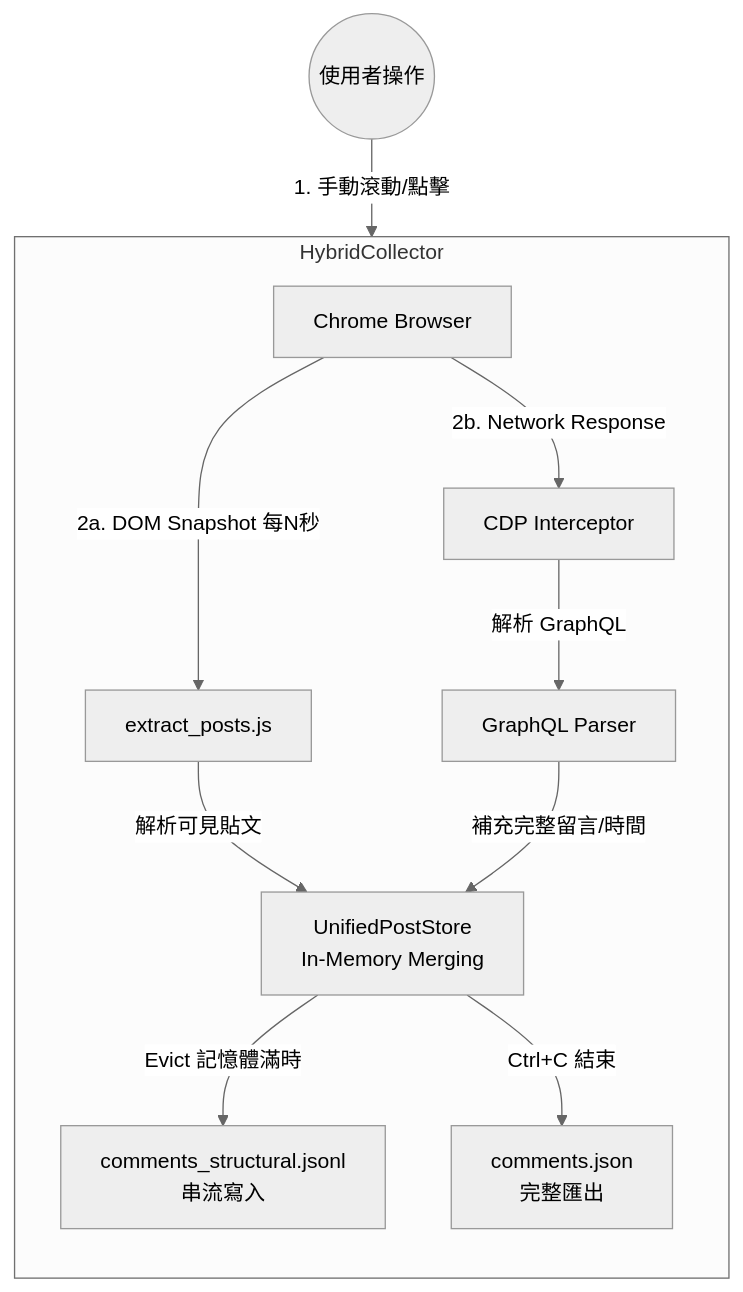
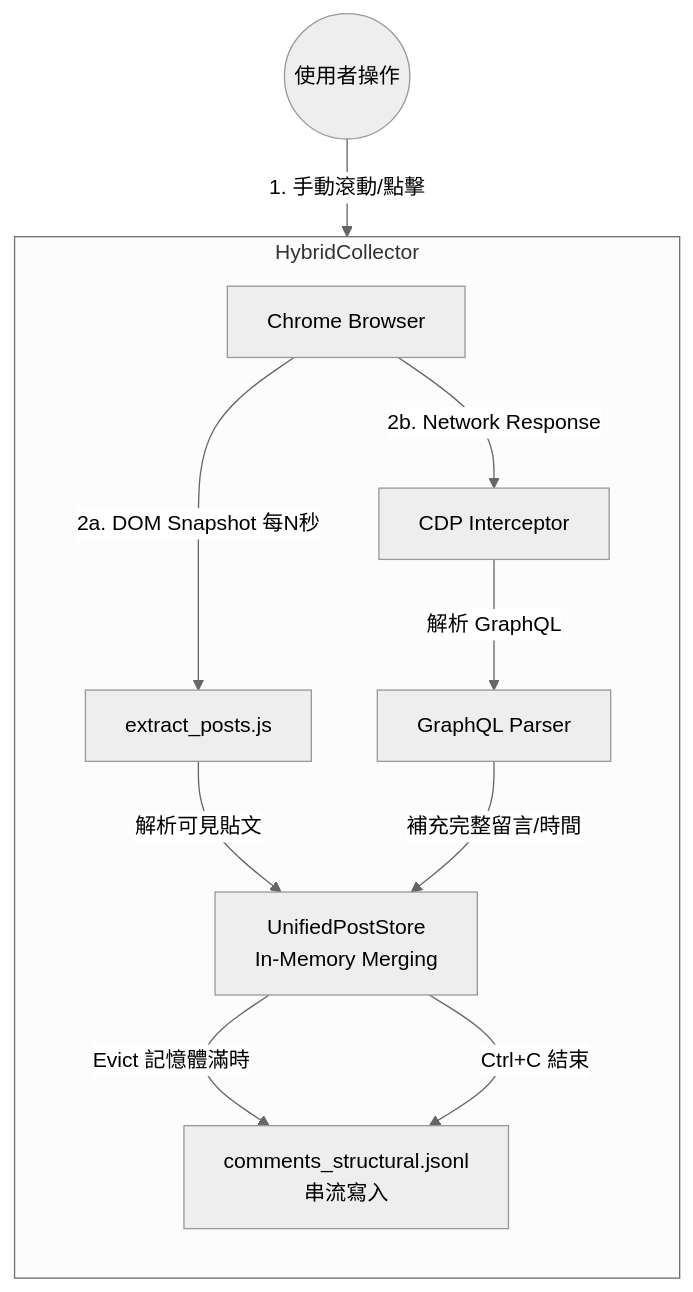
The diagram in README.md (HsuChen88/ctrl-F-auto-crawler), drawn with Mermaid (neutral theme) before and after one commit. The commit also changed other lines of this file and 3 other files, not shown here.

First line of the commit message:
fix: Remove comments.json output; use only JSONL (structural + raw)

````diff
--- a/README.md
+++ b/README.md
@@ -15,22 +15,22 @@
 ```mermaid
 graph TD
     User((使用者操作)) -->|"1. 手動滾動/點擊"| Browser[Chrome Browser]
 
     subgraph HybridCollector
         direction TB
         
         %% DOM 流程
         Browser -->|"2a. DOM Snapshot 每N秒"| JS[extract_posts.js]
         JS -->|"解析可見貼文"| Store["UnifiedPostStore\nIn-Memory Merging"]
         
         %% GraphQL 流程
         Browser -->|"2b. Network Response"| CDP[CDP Interceptor]
         CDP -->|"解析 GraphQL"| GraphQL[GraphQL Parser]
         GraphQL -->|"補充完整留言/時間"| Store
         
         %% 輸出流程
         Store -->|"Evict 記憶體滿時"| Stream["comments_structural.jsonl\n串流寫入"]
-        Store -->|"Ctrl+C 結束"| Final["comments.json\n完整匯出"]
+        Store -->|"Ctrl+C 結束"| Stream
     end
     
 ```
````
